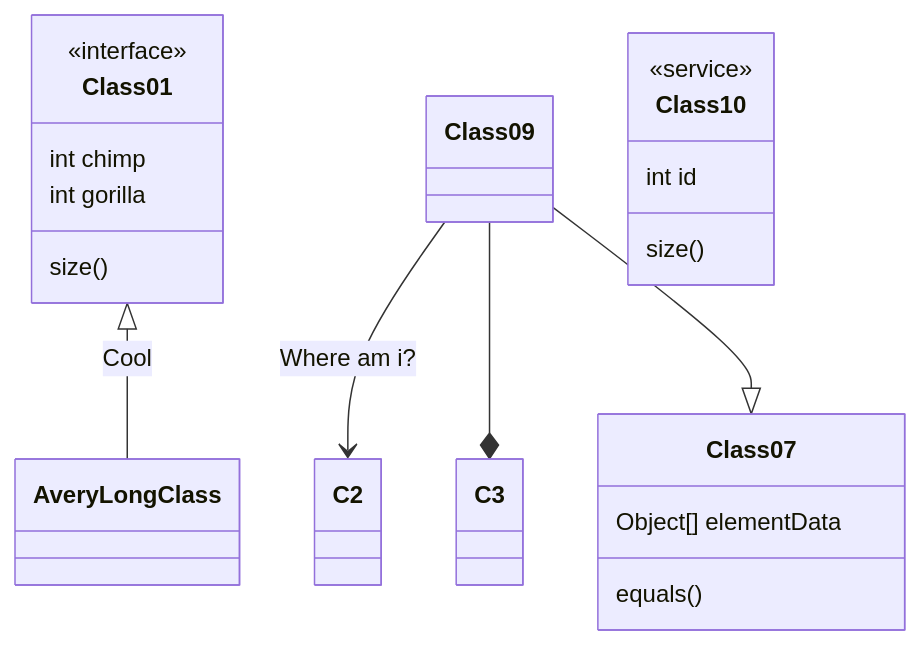
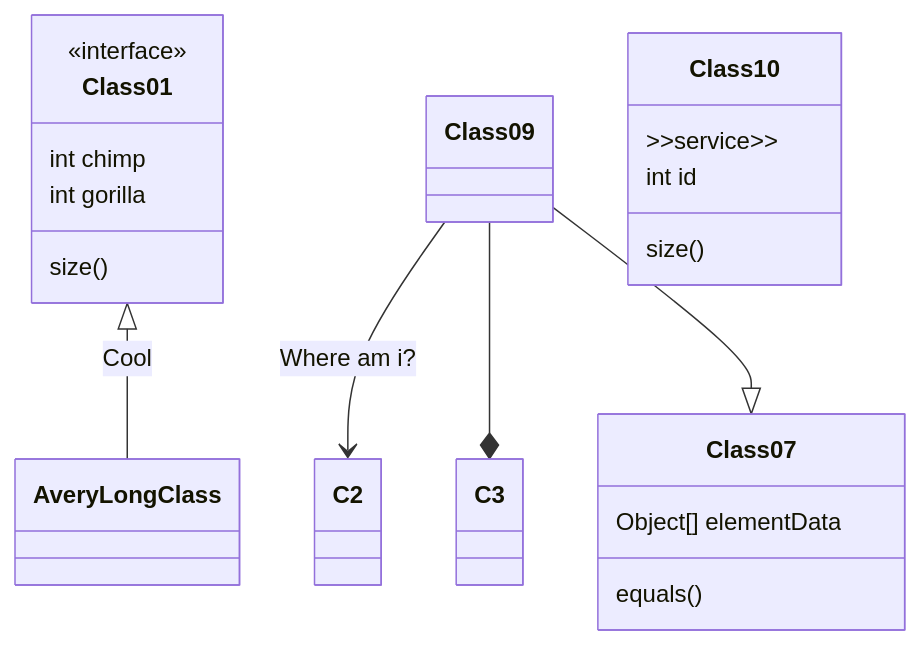
Before and after one commit to huanlui/mermaid: the fourth of 7 diagrams in README.md, drawn with Mermaid.

````diff
--- a/README.md
+++ b/README.md
@@ -56,18 +56,18 @@
 ```mermaid
 classDiagram
 Class01 <|-- AveryLongClass : Cool
 <<interface>> Class01
 Class09 --> C2 : Where am i?
 Class09 --* C3
 Class09 --|> Class07
 Class07 : equals()
 Class07 : Object[] elementData
 Class01 : size()
 Class01 : int chimp
 Class01 : int gorilla
 class Class10 {
-  <<service>>
+  >>service>>
   int id
   size()
 }
 ```
````
